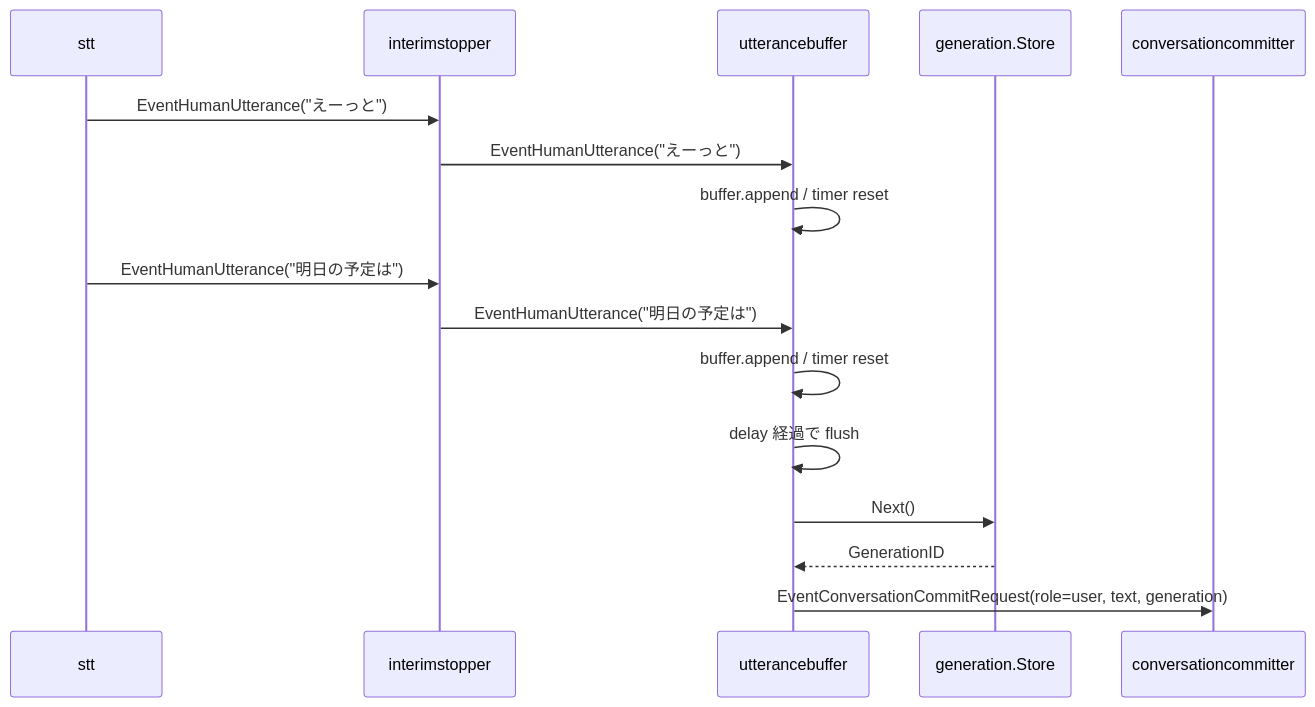
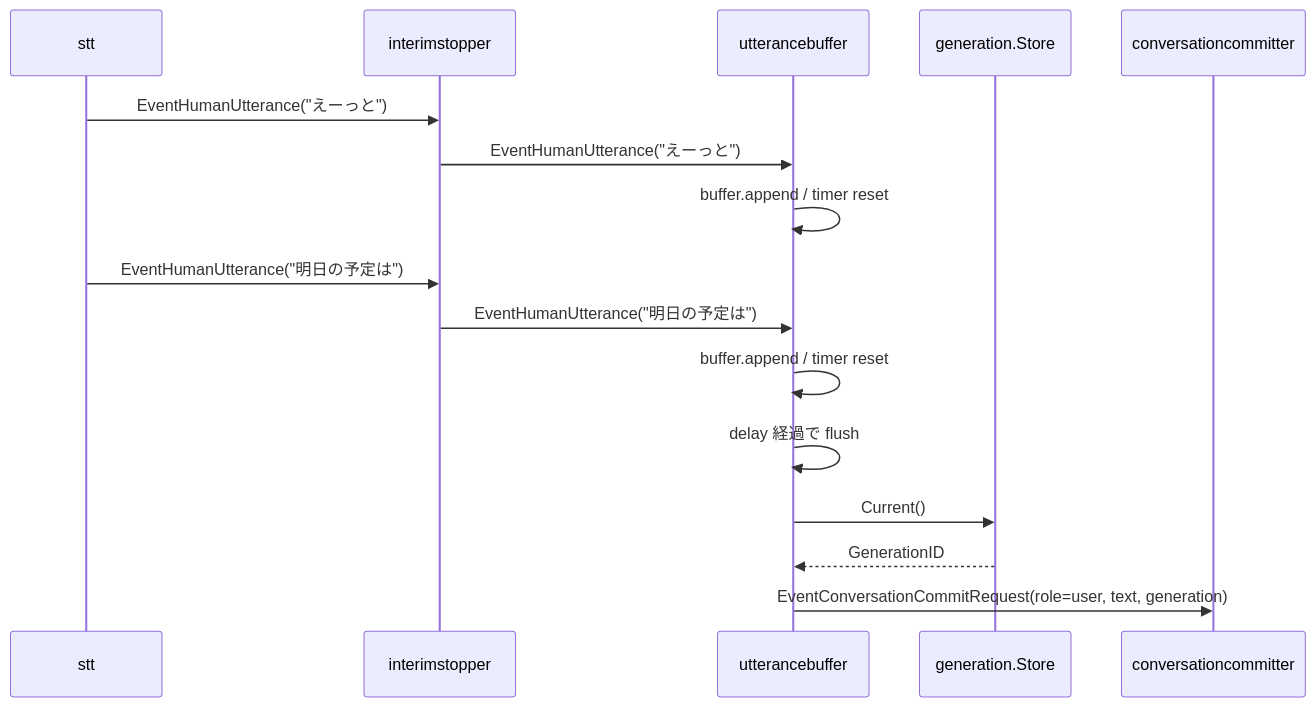
Before and after one commit to tetetratra/smart-speaker: the diagram in docs/components/utterancebuffer.md, drawn with Mermaid. The commit also changed other lines of this file and 8 other files, not shown here.

Commit message:
docs: update VAD generation flow

````diff
--- a/docs/components/utterancebuffer.md
+++ b/docs/components/utterancebuffer.md
@@ -38,19 +39,19 @@
 ```mermaid
 sequenceDiagram
     participant STT as stt
     participant IS as interimstopper
     participant UB as utterancebuffer
     participant GEN as generation.Store
     participant CC as conversationcommitter
 
     STT->>IS: EventHumanUtterance("えーっと")
     IS->>UB: EventHumanUtterance("えーっと")
     UB->>UB: buffer.append / timer reset
     STT->>IS: EventHumanUtterance("明日の予定は")
     IS->>UB: EventHumanUtterance("明日の予定は")
     UB->>UB: buffer.append / timer reset
     UB->>UB: delay 経過で flush
-    UB->>GEN: Next()
+    UB->>GEN: Current()
     GEN-->>UB: GenerationID
     UB->>CC: EventConversationCommitRequest(role=user, text, generation)
 ```
````
